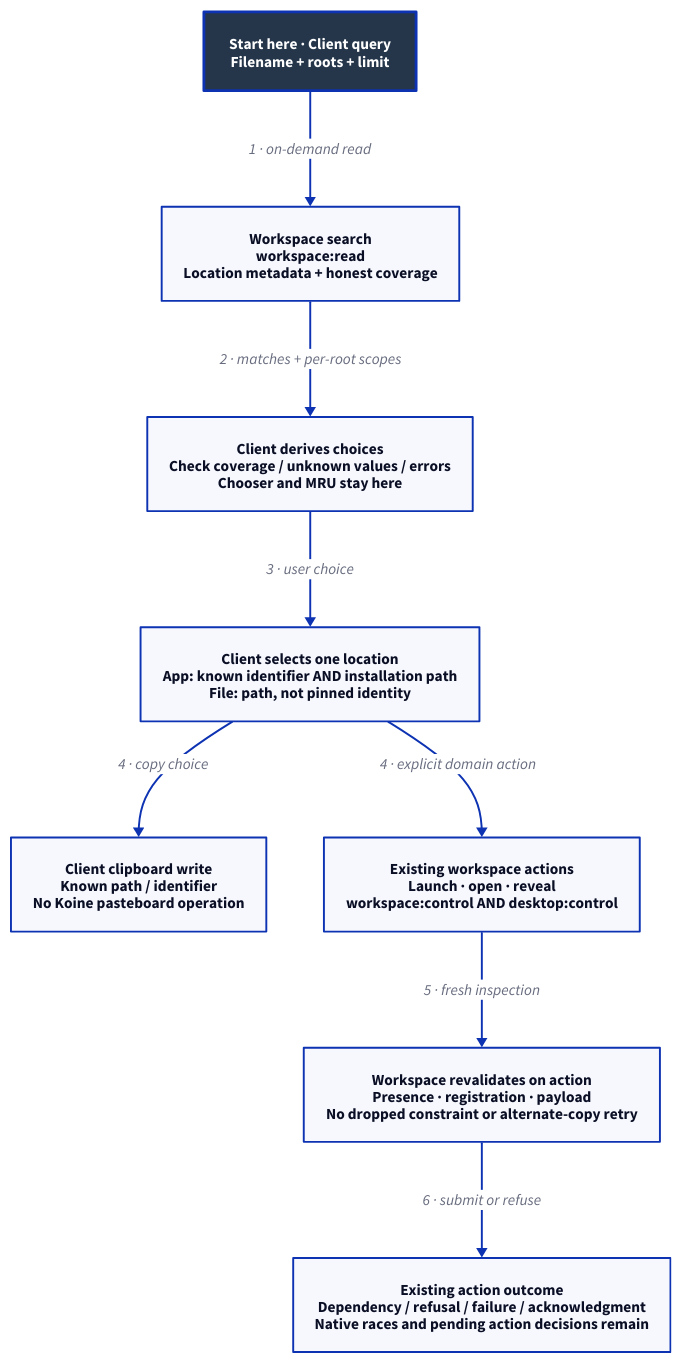
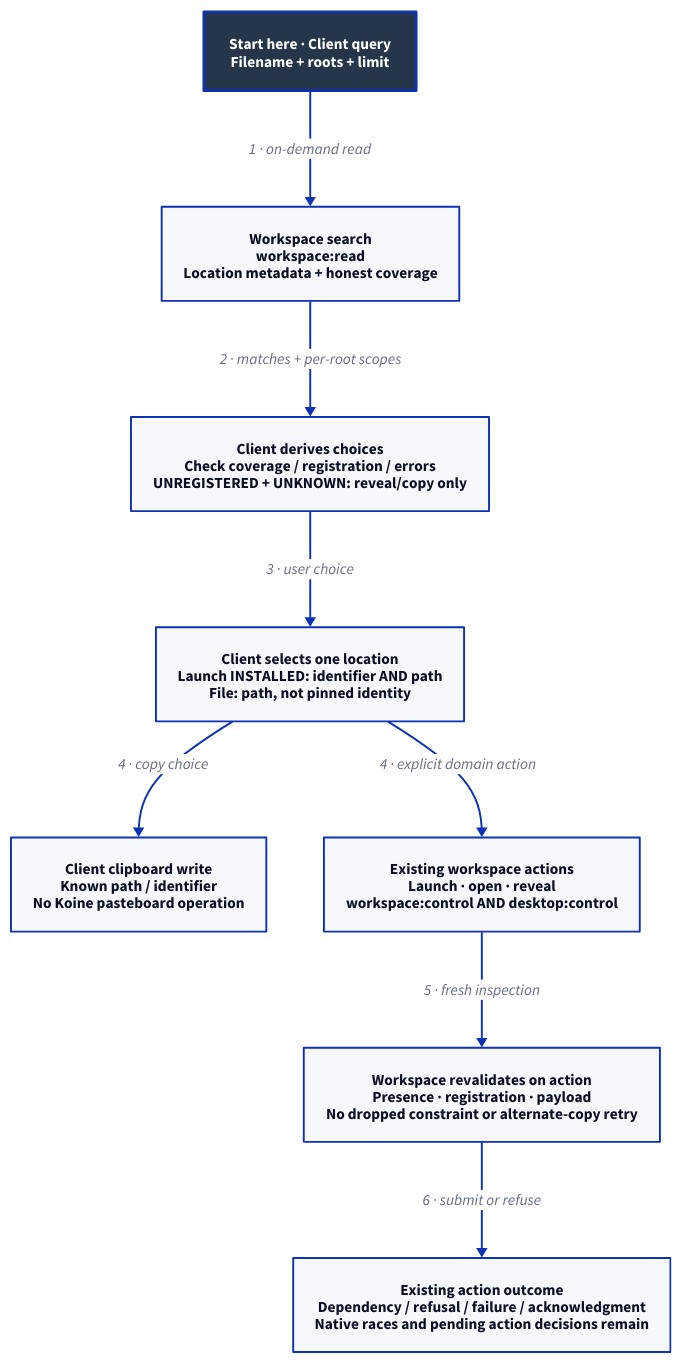
The diagram in docs/design/architecture/search-handoff.d2 (Linkuistics/Koine), drawn with D2 before and after one commit. The commit also changed 22 other files, not shown here.

```diff
--- a/docs/design/architecture/search-handoff.d2
+++ b/docs/design/architecture/search-handoff.d2
@@ -1,20 +1,20 @@
 # Designed component/data handoff. Source roles, not deployment containers.
 direction: down
 classes: {
   start: {style: {fill: "#25364B"; font-color: "#FFFFFF"; bold: true; stroke-width: 3}}
 }
 Start: "Start here · Client query\nFilename + roots + limit" {class: start}
 Search: "Workspace search\nworkspace:read\nLocation metadata + honest coverage"
-Choices: "Client derives choices\nCheck coverage / unknown values / errors\nChooser and MRU stay here"
-Selected: "Client selects one location\nApp: known identifier AND installation path\nFile: path, not pinned identity"
+Choices: "Client derives choices\nCheck coverage / registration / errors\nUNREGISTERED + UNKNOWN: reveal/copy only"
+Selected: "Client selects one location\nLaunch INSTALLED: identifier AND path\nFile: path, not pinned identity"
 Clipboard: "Client clipboard write\nKnown path / identifier\nNo Koine pasteboard operation"
 Action: "Existing workspace actions\nLaunch · open · reveal\nworkspace:control AND desktop:control"
 Revalidate: "Workspace revalidates on action\nPresence · registration · payload\nNo dropped constraint or alternate-copy retry"
 Outcome: "Existing action outcome\nDependency / refusal / failure / acknowledgment\nNative races and pending action decisions remain"
 Start -> Search: "1 · on-demand read"
 Search -> Choices: "2 · matches + per-root scopes"
 Choices -> Selected: "3 · user choice"
 Selected -> Clipboard: "4 · copy choice"
 Selected -> Action: "4 · explicit domain action"
 Action -> Revalidate: "5 · fresh inspection"
 Revalidate -> Outcome: "6 · submit or refuse"
```
